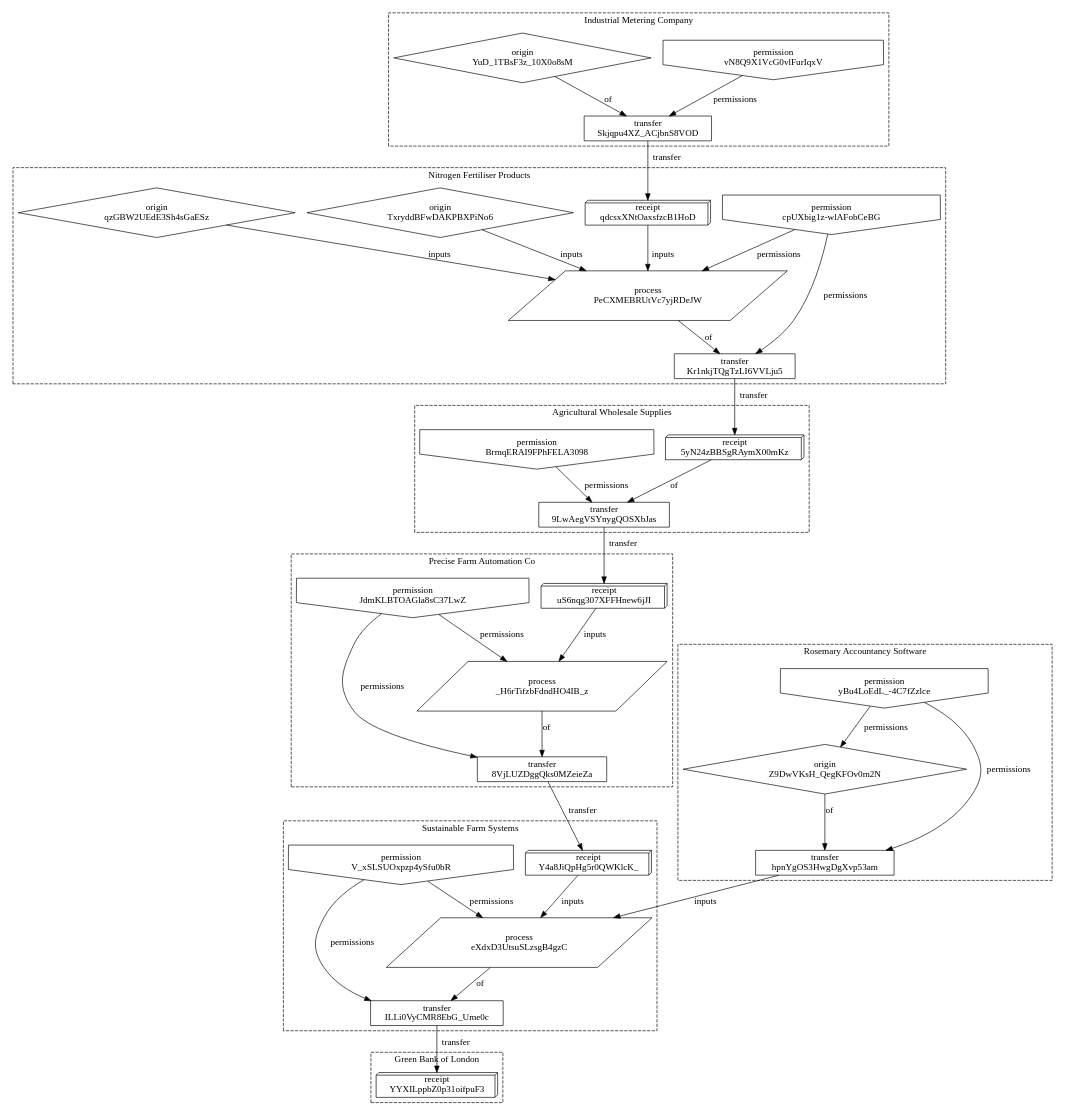
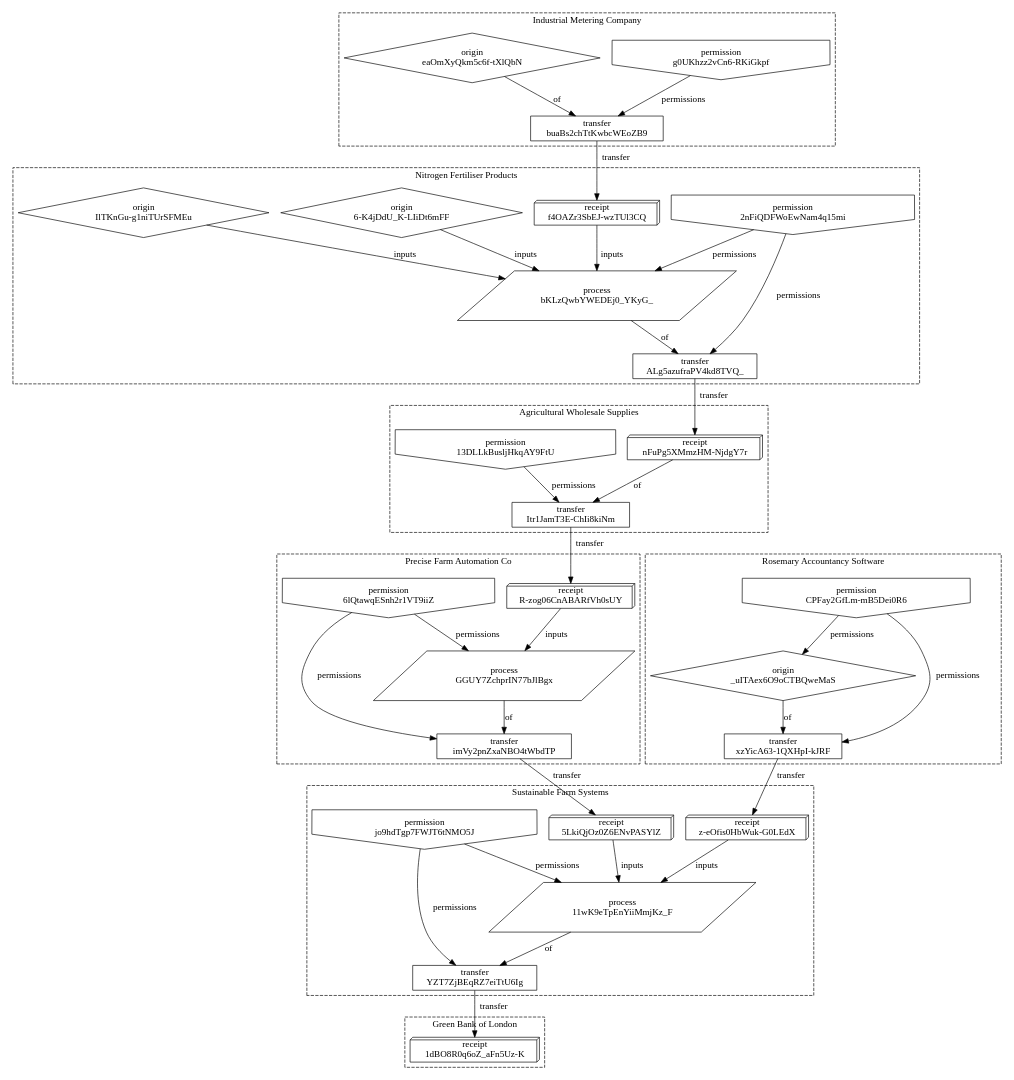
The diagram in output/diagram.dot (icebreakerone/dc-supply-chains-2024), drawn with Graphviz before and after one commit. The commit also changed 4 other files, not shown here.

```diff
--- a/output/diagram.dot
+++ b/output/diagram.dot
@@ -1,105 +1,108 @@
 digraph ProvenanceRecord {
-  "vN8Q9X1VcG0vlFurIqxV" [shape=invhouse,label="permission\nvN8Q9X1VcG0vlFurIqxV"];
-  "YuD_1TBsF3z_10X0o8sM" [shape=diamond,label="origin\nYuD_1TBsF3z_10X0o8sM"];
-  "YuD_1TBsF3z_10X0o8sM" -> "Skjqpu4XZ_ACjbnS8VOD" [label=of];
-  "vN8Q9X1VcG0vlFurIqxV" -> "Skjqpu4XZ_ACjbnS8VOD" [label=permissions];
-  "Skjqpu4XZ_ACjbnS8VOD" [shape=box,label="transfer\nSkjqpu4XZ_ACjbnS8VOD"];
-  "Skjqpu4XZ_ACjbnS8VOD" -> "qdcsxXNtOaxsfzcB1HoD" [label=transfer];
-  "qdcsxXNtOaxsfzcB1HoD" [shape=box3d,label="receipt\nqdcsxXNtOaxsfzcB1HoD"];
-  "cpUXbig1z-wlAFobCeBG" [shape=invhouse,label="permission\ncpUXbig1z-wlAFobCeBG"];
-  "qzGBW2UEdE3Sh4sGaESz" [shape=diamond,label="origin\nqzGBW2UEdE3Sh4sGaESz"];
-  "TxryddBFwDAKPBXPiNo6" [shape=diamond,label="origin\nTxryddBFwDAKPBXPiNo6"];
-  "qdcsxXNtOaxsfzcB1HoD" -> "PeCXMEBRUtVc7yjRDeJW" [label=inputs];
-  "qzGBW2UEdE3Sh4sGaESz" -> "PeCXMEBRUtVc7yjRDeJW" [label=inputs];
-  "TxryddBFwDAKPBXPiNo6" -> "PeCXMEBRUtVc7yjRDeJW" [label=inputs];
-  "cpUXbig1z-wlAFobCeBG" -> "PeCXMEBRUtVc7yjRDeJW" [label=permissions];
-  "PeCXMEBRUtVc7yjRDeJW" [shape=parallelogram,label="process\nPeCXMEBRUtVc7yjRDeJW"];
-  "PeCXMEBRUtVc7yjRDeJW" -> "Kr1nkjTQgTzLI6VVLju5" [label=of];
-  "cpUXbig1z-wlAFobCeBG" -> "Kr1nkjTQgTzLI6VVLju5" [label=permissions];
-  "Kr1nkjTQgTzLI6VVLju5" [shape=box,label="transfer\nKr1nkjTQgTzLI6VVLju5"];
-  "Kr1nkjTQgTzLI6VVLju5" -> "5yN24zBBSgRAymX00mKz" [label=transfer];
-  "5yN24zBBSgRAymX00mKz" [shape=box3d,label="receipt\n5yN24zBBSgRAymX00mKz"];
-  "BrmqERAI9FPhFELA3098" [shape=invhouse,label="permission\nBrmqERAI9FPhFELA3098"];
-  "5yN24zBBSgRAymX00mKz" -> "9LwAegVSYnygQOSXbJas" [label=of];
-  "BrmqERAI9FPhFELA3098" -> "9LwAegVSYnygQOSXbJas" [label=permissions];
-  "9LwAegVSYnygQOSXbJas" [shape=box,label="transfer\n9LwAegVSYnygQOSXbJas"];
-  "9LwAegVSYnygQOSXbJas" -> "uS6nqg307XFFHnew6jJI" [label=transfer];
-  "uS6nqg307XFFHnew6jJI" [shape=box3d,label="receipt\nuS6nqg307XFFHnew6jJI"];
-  "JdmKLBTOAGla8sC37LwZ" [shape=invhouse,label="permission\nJdmKLBTOAGla8sC37LwZ"];
-  "uS6nqg307XFFHnew6jJI" -> "_H6rTifzbFdndHO4IB_z" [label=inputs];
-  "JdmKLBTOAGla8sC37LwZ" -> "_H6rTifzbFdndHO4IB_z" [label=permissions];
-  "_H6rTifzbFdndHO4IB_z" [shape=parallelogram,label="process\n_H6rTifzbFdndHO4IB_z"];
-  "_H6rTifzbFdndHO4IB_z" -> "8VjLUZDggQks0MZeieZa" [label=of];
-  "JdmKLBTOAGla8sC37LwZ" -> "8VjLUZDggQks0MZeieZa" [label=permissions];
-  "8VjLUZDggQks0MZeieZa" [shape=box,label="transfer\n8VjLUZDggQks0MZeieZa"];
-  "yBu4LoEdL_-4C7fZzlce" [shape=invhouse,label="permission\nyBu4LoEdL_-4C7fZzlce"];
-  "yBu4LoEdL_-4C7fZzlce" -> "Z9DwVKsH_QegKFOv0m2N" [label=permissions];
-  "Z9DwVKsH_QegKFOv0m2N" [shape=diamond,label="origin\nZ9DwVKsH_QegKFOv0m2N"];
-  "Z9DwVKsH_QegKFOv0m2N" -> "hpnYgOS3HwgDgXvp53am" [label=of];
-  "yBu4LoEdL_-4C7fZzlce" -> "hpnYgOS3HwgDgXvp53am" [label=permissions];
-  "hpnYgOS3HwgDgXvp53am" [shape=box,label="transfer\nhpnYgOS3HwgDgXvp53am"];
-  "8VjLUZDggQks0MZeieZa" -> "Y4a8JiQpHg5r0QWKlcK_" [label=transfer];
-  "Y4a8JiQpHg5r0QWKlcK_" [shape=box3d,label="receipt\nY4a8JiQpHg5r0QWKlcK_"];
-  "V_xSLSUOxpzp4ySfu0bR" [shape=invhouse,label="permission\nV_xSLSUOxpzp4ySfu0bR"];
-  "Y4a8JiQpHg5r0QWKlcK_" -> "eXdxD3UtsuSLzsgB4gzC" [label=inputs];
-  "hpnYgOS3HwgDgXvp53am" -> "eXdxD3UtsuSLzsgB4gzC" [label=inputs];
-  "V_xSLSUOxpzp4ySfu0bR" -> "eXdxD3UtsuSLzsgB4gzC" [label=permissions];
-  "eXdxD3UtsuSLzsgB4gzC" [shape=parallelogram,label="process\neXdxD3UtsuSLzsgB4gzC"];
-  "eXdxD3UtsuSLzsgB4gzC" -> "ILLi0VyCMR8EbG_Ume0c" [label=of];
-  "V_xSLSUOxpzp4ySfu0bR" -> "ILLi0VyCMR8EbG_Ume0c" [label=permissions];
-  "ILLi0VyCMR8EbG_Ume0c" [shape=box,label="transfer\nILLi0VyCMR8EbG_Ume0c"];
-  "ILLi0VyCMR8EbG_Ume0c" -> "YYXILppbZ0p31oifpuF3" [label=transfer];
-  "YYXILppbZ0p31oifpuF3" [shape=box3d,label="receipt\nYYXILppbZ0p31oifpuF3"];
+  "g0UKhzz2vCn6-RKiGkpf" [shape=invhouse,label="permission\ng0UKhzz2vCn6-RKiGkpf"];
+  "eaOmXyQkm5c6f-tXlQbN" [shape=diamond,label="origin\neaOmXyQkm5c6f-tXlQbN"];
+  "eaOmXyQkm5c6f-tXlQbN" -> "buaBs2chTtKwbcWEoZB9" [label=of];
+  "g0UKhzz2vCn6-RKiGkpf" -> "buaBs2chTtKwbcWEoZB9" [label=permissions];
+  "buaBs2chTtKwbcWEoZB9" [shape=box,label="transfer\nbuaBs2chTtKwbcWEoZB9"];
+  "buaBs2chTtKwbcWEoZB9" -> "f4OAZr3SbEJ-wzTUl3CQ" [label=transfer];
+  "f4OAZr3SbEJ-wzTUl3CQ" [shape=box3d,label="receipt\nf4OAZr3SbEJ-wzTUl3CQ"];
+  "2nFiQDFWoEwNam4q15mi" [shape=invhouse,label="permission\n2nFiQDFWoEwNam4q15mi"];
+  "IlTKnGu-g1niTUrSFMEu" [shape=diamond,label="origin\nIlTKnGu-g1niTUrSFMEu"];
+  "6-K4jDdU_K-LIiDt6mFF" [shape=diamond,label="origin\n6-K4jDdU_K-LIiDt6mFF"];
+  "f4OAZr3SbEJ-wzTUl3CQ" -> "bKLzQwbYWEDEj0_YKyG_" [label=inputs];
+  "IlTKnGu-g1niTUrSFMEu" -> "bKLzQwbYWEDEj0_YKyG_" [label=inputs];
+  "6-K4jDdU_K-LIiDt6mFF" -> "bKLzQwbYWEDEj0_YKyG_" [label=inputs];
+  "2nFiQDFWoEwNam4q15mi" -> "bKLzQwbYWEDEj0_YKyG_" [label=permissions];
+  "bKLzQwbYWEDEj0_YKyG_" [shape=parallelogram,label="process\nbKLzQwbYWEDEj0_YKyG_"];
+  "bKLzQwbYWEDEj0_YKyG_" -> "ALg5azufraPV4kd8TVQ_" [label=of];
+  "2nFiQDFWoEwNam4q15mi" -> "ALg5azufraPV4kd8TVQ_" [label=permissions];
+  "ALg5azufraPV4kd8TVQ_" [shape=box,label="transfer\nALg5azufraPV4kd8TVQ_"];
+  "ALg5azufraPV4kd8TVQ_" -> "nFuPg5XMmzHM-NjdgY7r" [label=transfer];
+  "nFuPg5XMmzHM-NjdgY7r" [shape=box3d,label="receipt\nnFuPg5XMmzHM-NjdgY7r"];
+  "13DLLkBusljHkqAY9FtU" [shape=invhouse,label="permission\n13DLLkBusljHkqAY9FtU"];
+  "nFuPg5XMmzHM-NjdgY7r" -> "Itr1JamT3E-ChIi8kiNm" [label=of];
+  "13DLLkBusljHkqAY9FtU" -> "Itr1JamT3E-ChIi8kiNm" [label=permissions];
+  "Itr1JamT3E-ChIi8kiNm" [shape=box,label="transfer\nItr1JamT3E-ChIi8kiNm"];
+  "Itr1JamT3E-ChIi8kiNm" -> "R-zog06CnABARfVh0sUY" [label=transfer];
+  "R-zog06CnABARfVh0sUY" [shape=box3d,label="receipt\nR-zog06CnABARfVh0sUY"];
+  "6lQtawqESnh2r1VT9iiZ" [shape=invhouse,label="permission\n6lQtawqESnh2r1VT9iiZ"];
+  "R-zog06CnABARfVh0sUY" -> "GGUY7ZchprIN77bJlBgx" [label=inputs];
+  "6lQtawqESnh2r1VT9iiZ" -> "GGUY7ZchprIN77bJlBgx" [label=permissions];
+  "GGUY7ZchprIN77bJlBgx" [shape=parallelogram,label="process\nGGUY7ZchprIN77bJlBgx"];
+  "GGUY7ZchprIN77bJlBgx" -> "imVy2pnZxaNBO4tWbdTP" [label=of];
+  "6lQtawqESnh2r1VT9iiZ" -> "imVy2pnZxaNBO4tWbdTP" [label=permissions];
+  "imVy2pnZxaNBO4tWbdTP" [shape=box,label="transfer\nimVy2pnZxaNBO4tWbdTP"];
+  "CPFay2GfLm-mB5Dei0R6" [shape=invhouse,label="permission\nCPFay2GfLm-mB5Dei0R6"];
+  "CPFay2GfLm-mB5Dei0R6" -> "_uITAex6O9oCTBQweMaS" [label=permissions];
+  "_uITAex6O9oCTBQweMaS" [shape=diamond,label="origin\n_uITAex6O9oCTBQweMaS"];
+  "_uITAex6O9oCTBQweMaS" -> "xzYicA63-1QXHpI-kJRF" [label=of];
+  "CPFay2GfLm-mB5Dei0R6" -> "xzYicA63-1QXHpI-kJRF" [label=permissions];
+  "xzYicA63-1QXHpI-kJRF" [shape=box,label="transfer\nxzYicA63-1QXHpI-kJRF"];
+  "imVy2pnZxaNBO4tWbdTP" -> "5LkiQjOz0Z6ENvPASYlZ" [label=transfer];
+  "5LkiQjOz0Z6ENvPASYlZ" [shape=box3d,label="receipt\n5LkiQjOz0Z6ENvPASYlZ"];
+  "xzYicA63-1QXHpI-kJRF" -> "z-eOfis0HbWuk-G0LEdX" [label=transfer];
+  "z-eOfis0HbWuk-G0LEdX" [shape=box3d,label="receipt\nz-eOfis0HbWuk-G0LEdX"];
+  "jo9hdTgp7FWJT6tNMO5J" [shape=invhouse,label="permission\njo9hdTgp7FWJT6tNMO5J"];
+  "5LkiQjOz0Z6ENvPASYlZ" -> "11wK9eTpEnYiiMmjKz_F" [label=inputs];
+  "z-eOfis0HbWuk-G0LEdX" -> "11wK9eTpEnYiiMmjKz_F" [label=inputs];
+  "jo9hdTgp7FWJT6tNMO5J" -> "11wK9eTpEnYiiMmjKz_F" [label=permissions];
+  "11wK9eTpEnYiiMmjKz_F" [shape=parallelogram,label="process\n11wK9eTpEnYiiMmjKz_F"];
+  "11wK9eTpEnYiiMmjKz_F" -> "YZT7ZjBEqRZ7eiTtU6Ig" [label=of];
+  "jo9hdTgp7FWJT6tNMO5J" -> "YZT7ZjBEqRZ7eiTtU6Ig" [label=permissions];
+  "YZT7ZjBEqRZ7eiTtU6Ig" [shape=box,label="transfer\nYZT7ZjBEqRZ7eiTtU6Ig"];
+  "YZT7ZjBEqRZ7eiTtU6Ig" -> "1dBO8R0q6oZ_aFn5Uz-K" [label=transfer];
+  "1dBO8R0q6oZ_aFn5Uz-K" [shape=box3d,label="receipt\n1dBO8R0q6oZ_aFn5Uz-K"];
   subgraph cluster_0 {
     graph[style=dashed];
     label = "Industrial Metering Company";
-    "vN8Q9X1VcG0vlFurIqxV";
-    "YuD_1TBsF3z_10X0o8sM";
-    "Skjqpu4XZ_ACjbnS8VOD";
+    "g0UKhzz2vCn6-RKiGkpf";
+    "eaOmXyQkm5c6f-tXlQbN";
+    "buaBs2chTtKwbcWEoZB9";
   }
   subgraph cluster_1 {
     graph[style=dashed];
     label = "Nitrogen Fertiliser Products";
-    "qdcsxXNtOaxsfzcB1HoD";
-    "cpUXbig1z-wlAFobCeBG";
-    "qzGBW2UEdE3Sh4sGaESz";
-    "TxryddBFwDAKPBXPiNo6";
-    "PeCXMEBRUtVc7yjRDeJW";
-    "Kr1nkjTQgTzLI6VVLju5";
+    "f4OAZr3SbEJ-wzTUl3CQ";
+    "2nFiQDFWoEwNam4q15mi";
+    "IlTKnGu-g1niTUrSFMEu";
+    "6-K4jDdU_K-LIiDt6mFF";
+    "bKLzQwbYWEDEj0_YKyG_";
+    "ALg5azufraPV4kd8TVQ_";
   }
   subgraph cluster_2 {
     graph[style=dashed];
     label = "Agricultural Wholesale Supplies";
-    "5yN24zBBSgRAymX00mKz";
-    "BrmqERAI9FPhFELA3098";
-    "9LwAegVSYnygQOSXbJas";
+    "nFuPg5XMmzHM-NjdgY7r";
+    "13DLLkBusljHkqAY9FtU";
+    "Itr1JamT3E-ChIi8kiNm";
   }
   subgraph cluster_3 {
     graph[style=dashed];
     label = "Precise Farm Automation Co";
-    "uS6nqg307XFFHnew6jJI";
-    "JdmKLBTOAGla8sC37LwZ";
-    "_H6rTifzbFdndHO4IB_z";
-    "8VjLUZDggQks0MZeieZa";
+    "R-zog06CnABARfVh0sUY";
+    "6lQtawqESnh2r1VT9iiZ";
+    "GGUY7ZchprIN77bJlBgx";
+    "imVy2pnZxaNBO4tWbdTP";
   }
   subgraph cluster_4 {
     graph[style=dashed];
     label = "Rosemary Accountancy Software";
-    "yBu4LoEdL_-4C7fZzlce";
-    "Z9DwVKsH_QegKFOv0m2N";
-    "hpnYgOS3HwgDgXvp53am";
+    "CPFay2GfLm-mB5Dei0R6";
+    "_uITAex6O9oCTBQweMaS";
+    "xzYicA63-1QXHpI-kJRF";
   }
   subgraph cluster_5 {
     graph[style=dashed];
     label = "Sustainable Farm Systems";
-    "Y4a8JiQpHg5r0QWKlcK_";
-    "V_xSLSUOxpzp4ySfu0bR";
-    "eXdxD3UtsuSLzsgB4gzC";
-    "ILLi0VyCMR8EbG_Ume0c";
+    "5LkiQjOz0Z6ENvPASYlZ";
+    "z-eOfis0HbWuk-G0LEdX";
+    "jo9hdTgp7FWJT6tNMO5J";
+    "11wK9eTpEnYiiMmjKz_F";
+    "YZT7ZjBEqRZ7eiTtU6Ig";
   }
   subgraph cluster_6 {
     graph[style=dashed];
     label = "Green Bank of London";
-    "YYXILppbZ0p31oifpuF3";
+    "1dBO8R0q6oZ_aFn5Uz-K";
   }
 }
```
